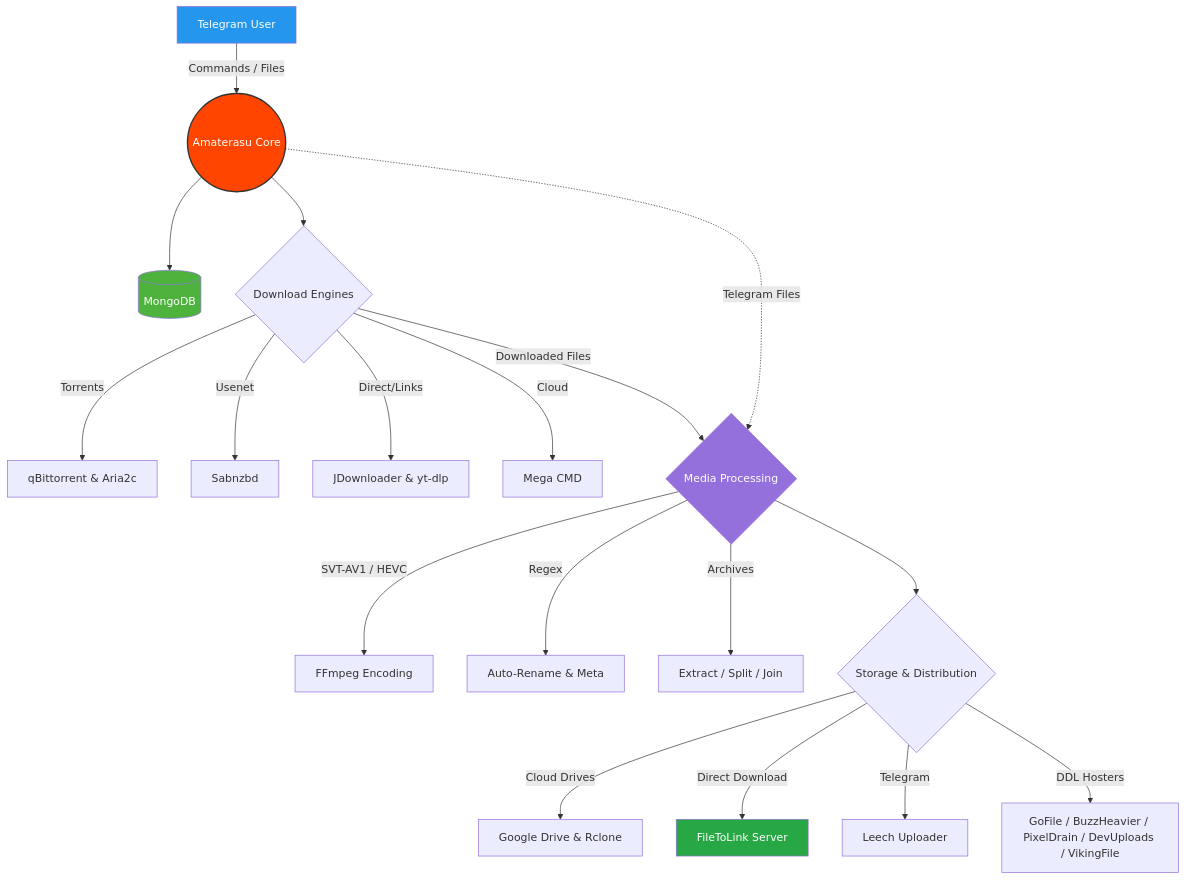
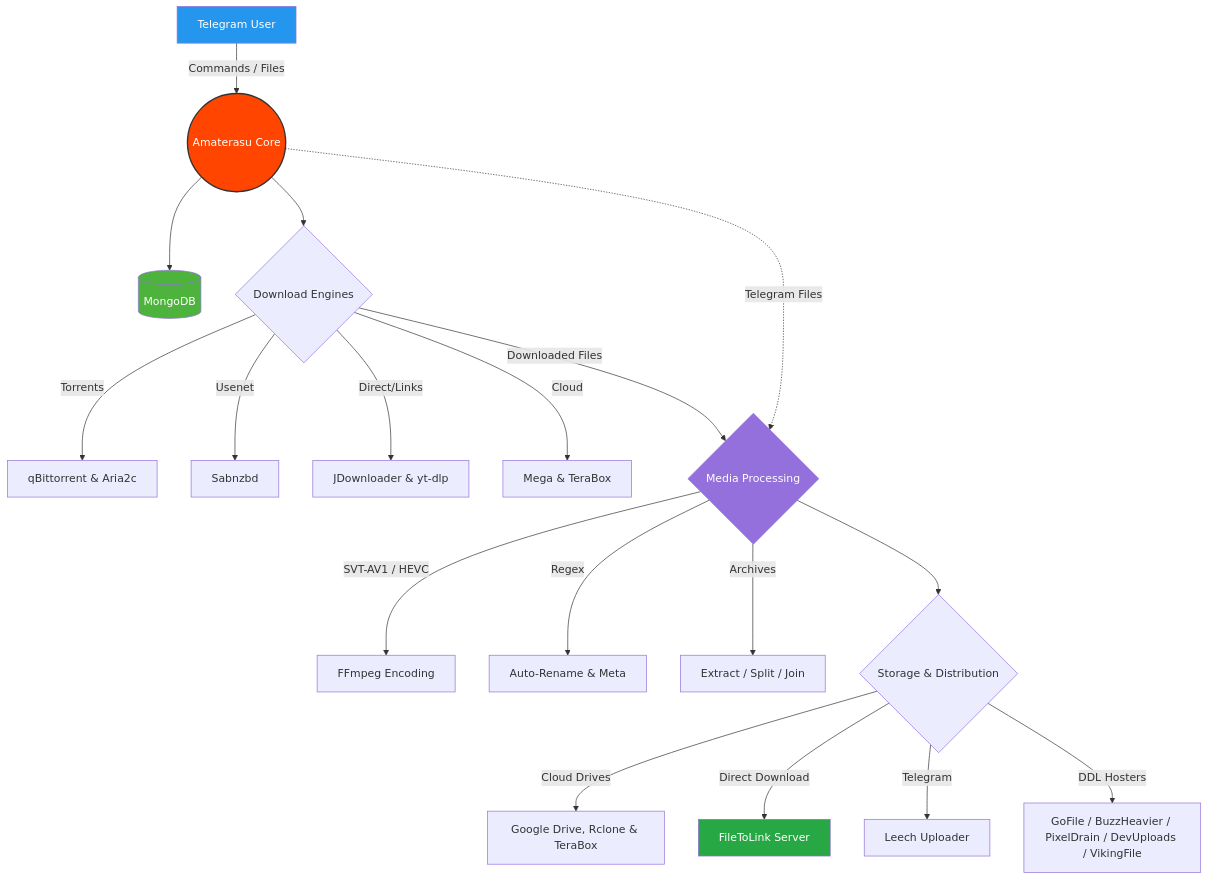
One commit to Zan-getsu/Amaterasu changed the diagram in README.md. Above: the diagram before and after it, drawn with Mermaid. The commit also changed other lines of this file and 70 other files, not shown here.

````diff
--- a/README.md
+++ b/README.md
@@ -156,30 +165,30 @@
 ```mermaid
 graph TD
     A[Telegram User] -->|Commands / Files| B((Amaterasu Core))
     B --> L[(MongoDB)]
     
     B --> C{Download Engines}
     C -->|Torrents| D[qBittorrent & Aria2c]
     C -->|Usenet| E[Sabnzbd]
     C -->|Direct/Links| F[JDownloader & yt-dlp]
-    C -->|Cloud| M[Mega CMD]
+    C -->|Cloud| M[Mega & TeraBox]
     
     B -.->|Telegram Files| N
     C -->|Downloaded Files| N{Media Processing}
     N -->|SVT-AV1 / HEVC| O[FFmpeg Encoding]
     N -->|Regex| P[Auto-Rename & Meta]
     N -->|Archives| Q[Extract / Split / Join]
 
     N --> G{Storage & Distribution}
     
-    G -->|Cloud Drives| H[Google Drive & Rclone]
+    G -->|Cloud Drives| H[Google Drive, Rclone & TeraBox]
     G -->|Direct Download| I[FileToLink Server]
     G -->|Telegram| J[Leech Uploader]
     G -->|DDL Hosters| K[GoFile / BuzzHeavier / PixelDrain / DevUploads / VikingFile]
     
     style B fill:#FF4500,stroke:#333,stroke-width:2px,color:#fff
     style A fill:#2496ED,color:#fff
     style I fill:#28a745,color:#fff
     style L fill:#4DB33D,color:#fff
     style N fill:#9370DB,color:#fff
 ```
````
